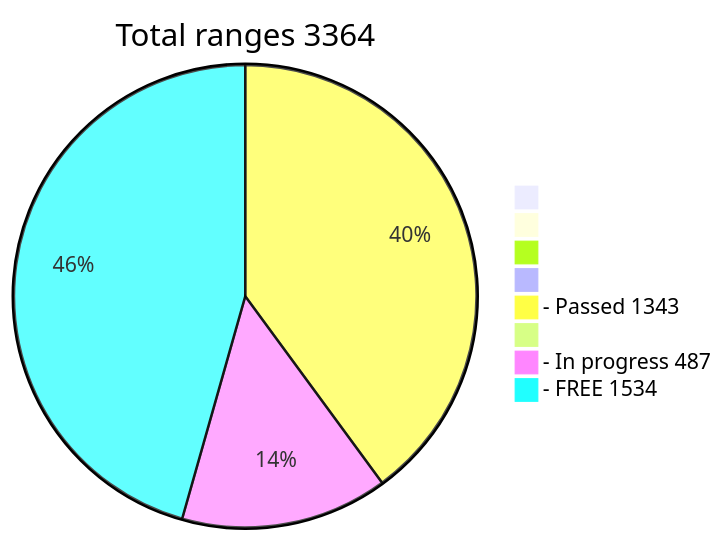
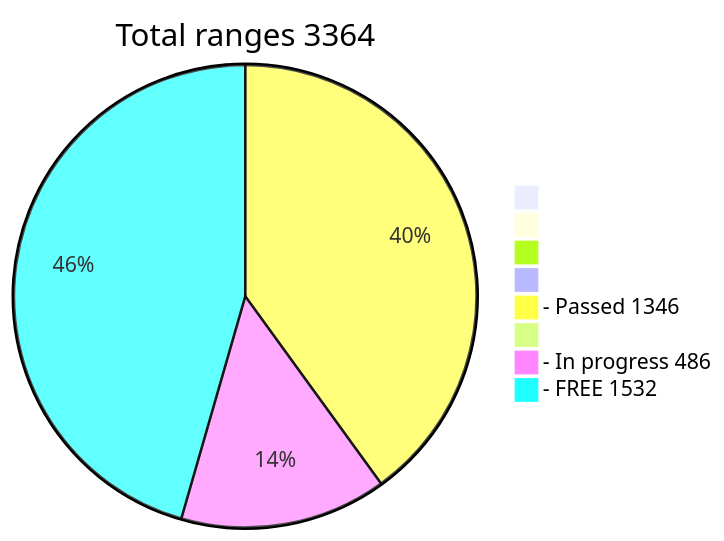
The diagram in README.md (phrutis/wif500), drawn with Mermaid before and after one commit.

````diff
--- a/README.md
+++ b/README.md
@@ -16,12 +16,12 @@
 ```mermaid
 pie title Total ranges 3364
              " " : 0
             "  " : 0
            "   " : 0
           "    " : 0
-  "- Passed 1343" : 1343
+  "- Passed 1346" : 1346
          "     " : 0
-  "- In progress 487" : 487
-   "- FREE 1534" : 1534
+  "- In progress 486" : 486
+   "- FREE 1532" : 1532
    
 ```
````
